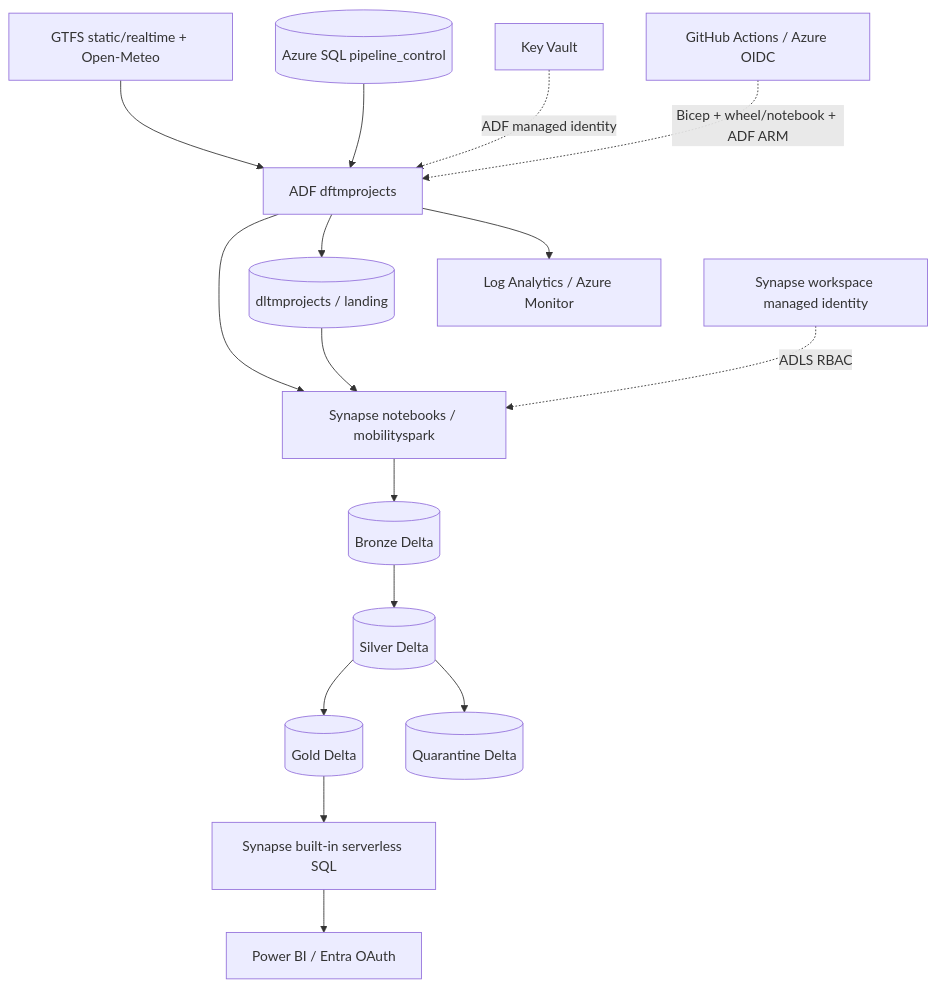
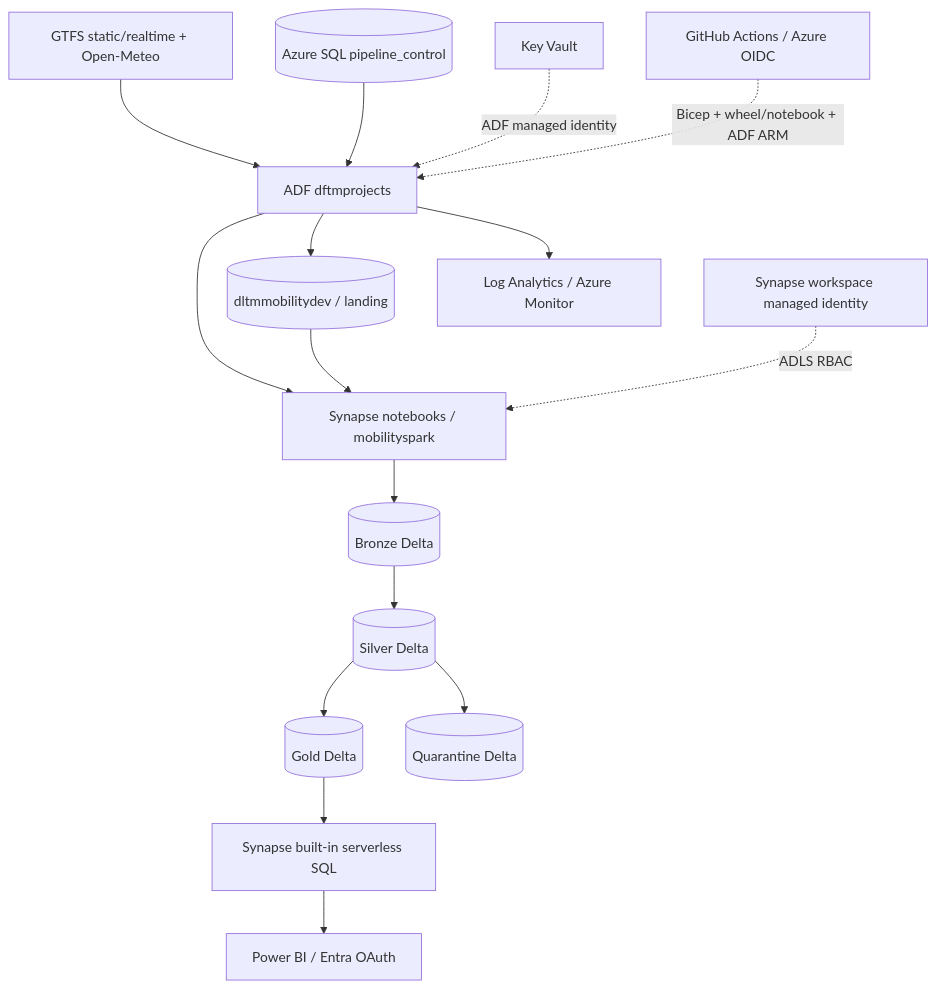
One commit to the-mama/Repo-Data-Engineer changed the diagram in architecture/architecture-diagram.md. Above: the diagram before and after it, drawn with Mermaid. The commit also changed 19 other files, not shown here.

````diff
--- a/architecture/architecture-diagram.md
+++ b/architecture/architecture-diagram.md
@@ -3,18 +3,18 @@
 ```mermaid
 flowchart TB
   Feeds[GTFS static/realtime + Open-Meteo] --> ADF[ADF dftmprojects]
   Control[(Azure SQL pipeline_control)] --> ADF
   KV[Key Vault] -. ADF managed identity .-> ADF
-  ADF --> Landing[(dltmprojects / landing)]
+  ADF --> Landing[(dltmmobilitydev / landing)]
   ADF --> NB[Synapse notebooks / mobilityspark]
   Landing --> NB
   NB --> Bronze[(Bronze Delta)]
   Bronze --> Silver[(Silver Delta)]
   Silver --> Gold[(Gold Delta)]
   Silver --> Q[(Quarantine Delta)]
   MI[Synapse workspace managed identity] -. ADLS RBAC .-> NB
   Gold --> SQL[Synapse built-in serverless SQL]
   SQL --> PBI[Power BI / Entra OAuth]
   ADF --> Logs[Log Analytics / Azure Monitor]
   CI[GitHub Actions / Azure OIDC] -. Bicep + wheel/notebook + ADF ARM .-> ADF
 ```
````
